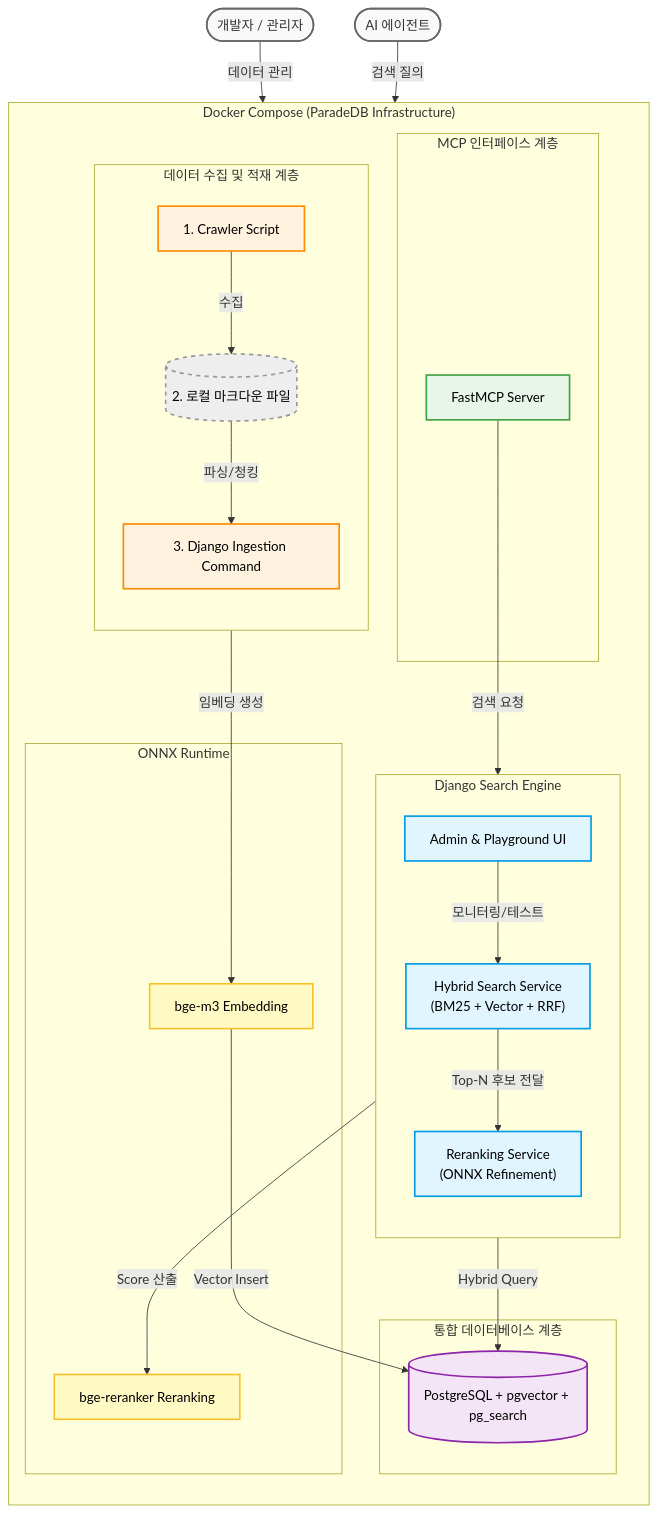
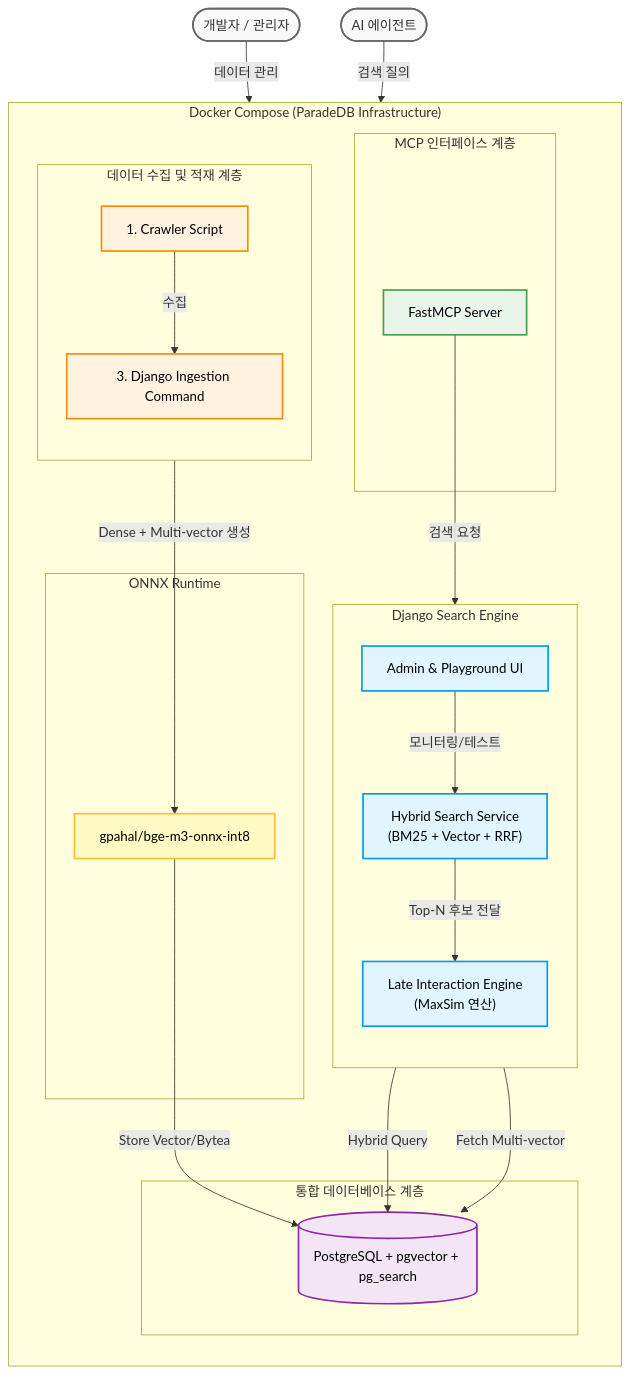
Before and after one commit to beyondVS/django-docs-mcp: the diagram in specs/_architecture/architecture_design.md, drawn with Mermaid. The commit also changed other lines of this file and 4 other files, not shown here.

First line of the commit message:
docs: Late Interaction 아키텍처 공식 반영 및 기술 진화 이력 정비

````diff
--- a/specs/_architecture/architecture_design.md
+++ b/specs/_architecture/architecture_design.md
@@ -56,67 +49,63 @@
 ```mermaid
 graph TD
     %% 스타일 정의
     classDef client fill:#f9f9f9,stroke:#666,stroke-width:2px,color:#333;
     classDef web fill:#e1f5fe,stroke:#039be5,stroke-width:2px,color:#000;
     classDef worker fill:#fff3e0,stroke:#fb8c00,stroke-width:2px,color:#000;
     classDef db fill:#f3e5f5,stroke:#8e24aa,stroke-width:2px,color:#000;
     classDef mcp fill:#e8f5e9,stroke:#43a047,stroke-width:2px,color:#000;
     classDef file fill:#eeeeee,stroke:#999,stroke-width:2px,stroke-dasharray: 5 5,color:#000;
     classDef docker fill:#f4fbfe,stroke:#2496ed,stroke-width:2px,stroke-dasharray: 5 5;
     classDef model fill:#fff9c4,stroke:#fbc02d,stroke-width:2px,color:#000;
 
     %% 액터 정의
     Dev([개발자 / 관리자]):::client
     Agent([AI 에이전트]):::client
 
     subgraph Docker_Compose ["Docker Compose (ParadeDB Infrastructure)"]
         direction TB
 
         %% 데이터 적재 파트
         subgraph Ingestion_Layer [데이터 수집 및 적재 계층]
             direction TB
             Crawler[1. Crawler Script]:::worker
-            LocalFile[(2. 로컬 마크다운 파일)]:::file
             DjangoCmd[3. Django Ingestion Command]:::worker
-
-            Crawler -- "수집" --> LocalFile
-            LocalFile -- "파싱/청킹" --> DjangoCmd
+            Crawler -- "수집" --> DjangoCmd
         end
 
         %% 모델 런타임
         subgraph Model_Runtime [ONNX Runtime]
-            EmbedModel[bge-m3 Embedding]:::model
-            RerankModel[bge-reranker Reranking]:::model
+            Model[gpahal/bge-m3-onnx-int8]:::model
         end
 
         %% 데이터베이스 파트
         subgraph Database_Layer [통합 데이터베이스 계층]
             PG[(PostgreSQL + pgvector + pg_search)]:::db
         end
 
         %% UI 및 로직 파트
         subgraph Logic_Layer [Django Search Engine]
             direction TB
             SearchService["Hybrid Search Service<br/>(BM25 + Vector + RRF)"]:::web
-            RerankService["Reranking Service<br/>(ONNX Refinement)"]:::web
+            RerankService["Late Interaction Engine<br/>(MaxSim 연산)"]:::web
             DjangoWeb["Admin & Playground UI"]:::web
         end
 
         %% 데이터 제공 파트
         subgraph Serving_Layer [MCP 인터페이스 계층]
             FastMCP[FastMCP Server]:::mcp
         end
 
-        DjangoCmd -- "임베딩 생성" --> EmbedModel
-        EmbedModel -- "Vector Insert" --> PG
+        DjangoCmd -- "Dense + Multi-vector 생성" --> Model
+        Model -- "Store Vector/Bytea" --> PG
         SearchService -- "Hybrid Query" --> PG
         SearchService -- "Top-N 후보 전달" --> RerankService
-        RerankService -- "Score 산출" --> RerankModel
+        RerankService -- "Fetch Multi-vector" --> PG
         FastMCP -- "검색 요청" --> SearchService
         DjangoWeb -- "모니터링/테스트" --> SearchService
     end
 
     %% 외부 상호작용
     Dev -- "데이터 관리" --> DjangoWeb
     Agent -- "검색 질의" --> FastMCP
 ```
````
